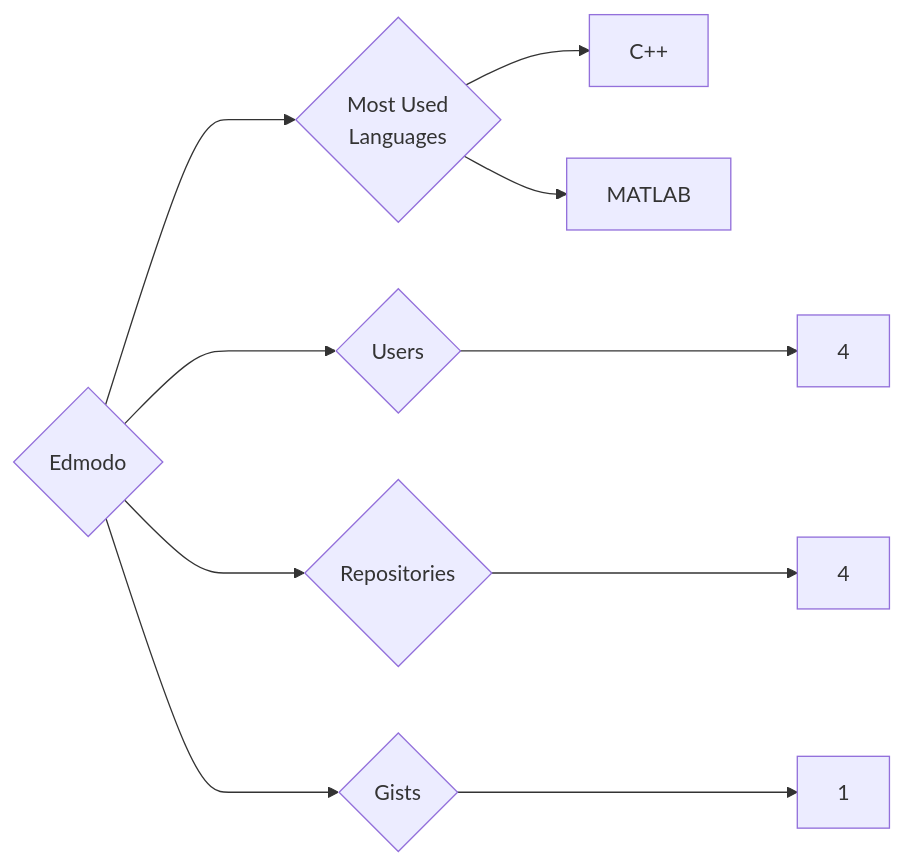
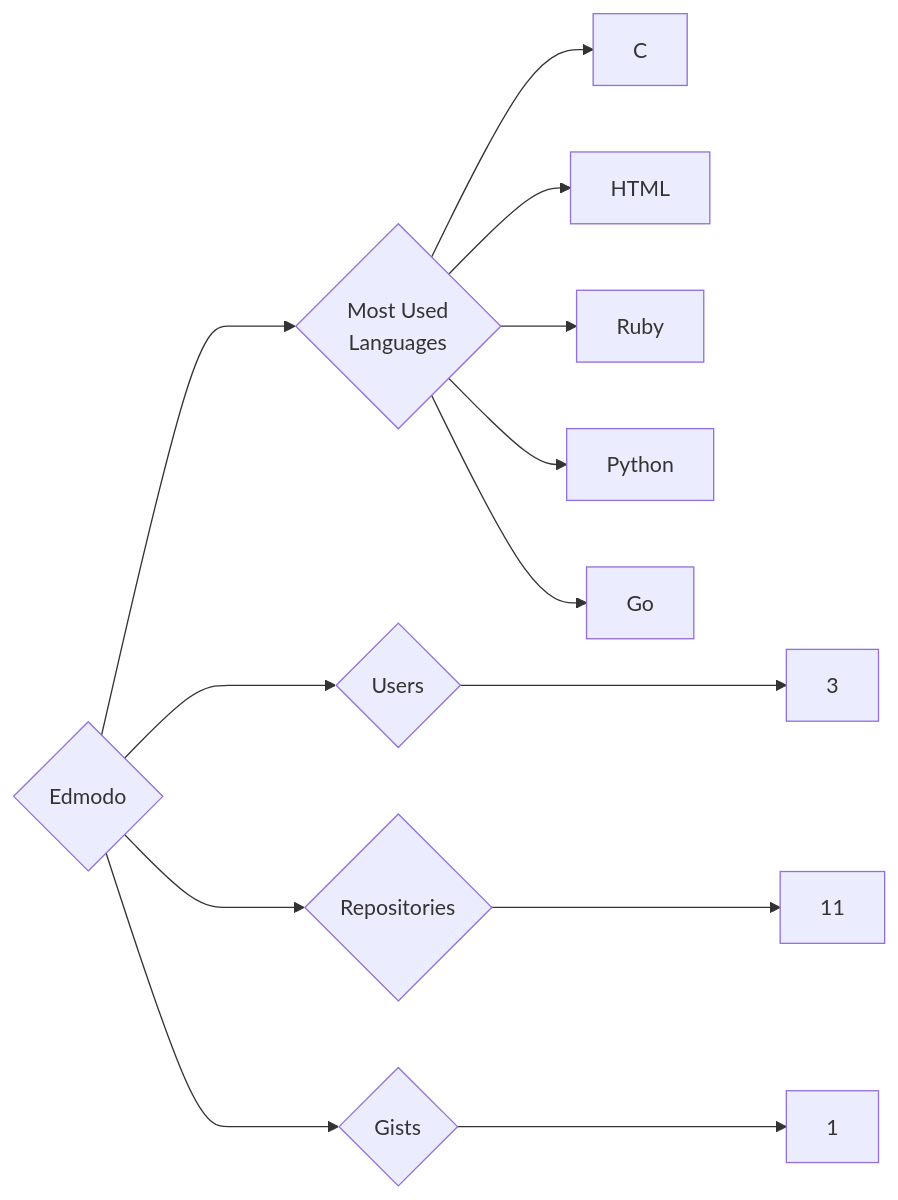
The diagram in targets/Edmodo/README.md (trickest/insiders), drawn with Mermaid before and after one commit. The commit also changed 837 other files, not shown here.

````diff
--- a/targets/Edmodo/README.md
+++ b/targets/Edmodo/README.md
@@ -3,10 +3,13 @@
 ```mermaid
 graph LR
 COMPANY_NAME{Edmodo}
-COMPANY_NAME ---> U{Users} ---> UN[4]
-COMPANY_NAME ---> R{Repositories} ---> RN[4]
+COMPANY_NAME ---> U{Users} ---> UN[3]
+COMPANY_NAME ---> R{Repositories} ---> RN[11]
 COMPANY_NAME ---> G{Gists} ---> GN[1]
 COMPANY_NAME ---> ML{Most Used<br>Languages}
-ML --> C++[C++]
-ML --> MATLAB[MATLAB]
+ML --> C[C]
+ML --> HTML[HTML]
+ML --> Ruby[Ruby]
+ML --> Python[Python]
+ML --> Go[Go]
 ```
````
